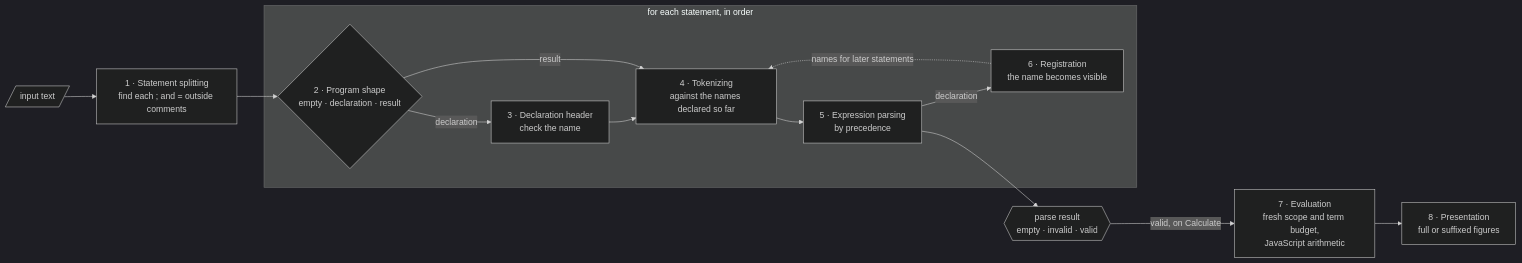
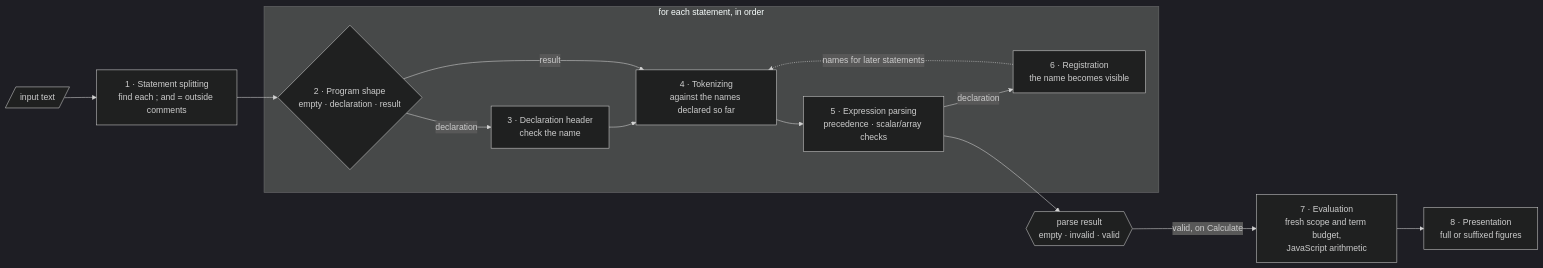
One commit to awpala/financial-calculators changed the third of 8 diagrams in src/lib/calculator/README.md. Above: the diagram before and after it, drawn with Mermaid (dark theme). The commit also changed other lines of this file and 22 other files, not shown here.

````diff
--- a/src/lib/calculator/README.md
+++ b/src/lib/calculator/README.md
@@ -545,20 +586,20 @@
 ```mermaid
 flowchart LR
     SRC[/"input text"/] --> SPLIT["1 · Statement splitting<br/>find each #59; and = outside comments"]
     SPLIT --> SHAPE
     subgraph EACH["for each statement, in order"]
         SHAPE{"2 · Program shape<br/>empty · declaration · result"}
         HEAD["3 · Declaration header<br/>check the name"]
         LEX["4 · Tokenizing<br/>against the names declared so far"]
-        PARSE["5 · Expression parsing<br/>by precedence"]
+        PARSE["5 · Expression parsing<br/>precedence · scalar/array checks"]
         REG["6 · Registration<br/>the name becomes visible"]
         SHAPE -- declaration --> HEAD --> LEX
         SHAPE -- result --> LEX
         LEX --> PARSE
         PARSE -- declaration --> REG
         REG -. "names for later statements" .-> LEX
     end
     PARSE --> RESULT{{"parse result<br/>empty · invalid · valid"}}
     RESULT -- "valid, on Calculate" --> EVAL["7 · Evaluation<br/>fresh scope and term budget,<br/>JavaScript arithmetic"]
     EVAL --> FMT["8 · Presentation<br/>full or suffixed figures"]
 ```
````
